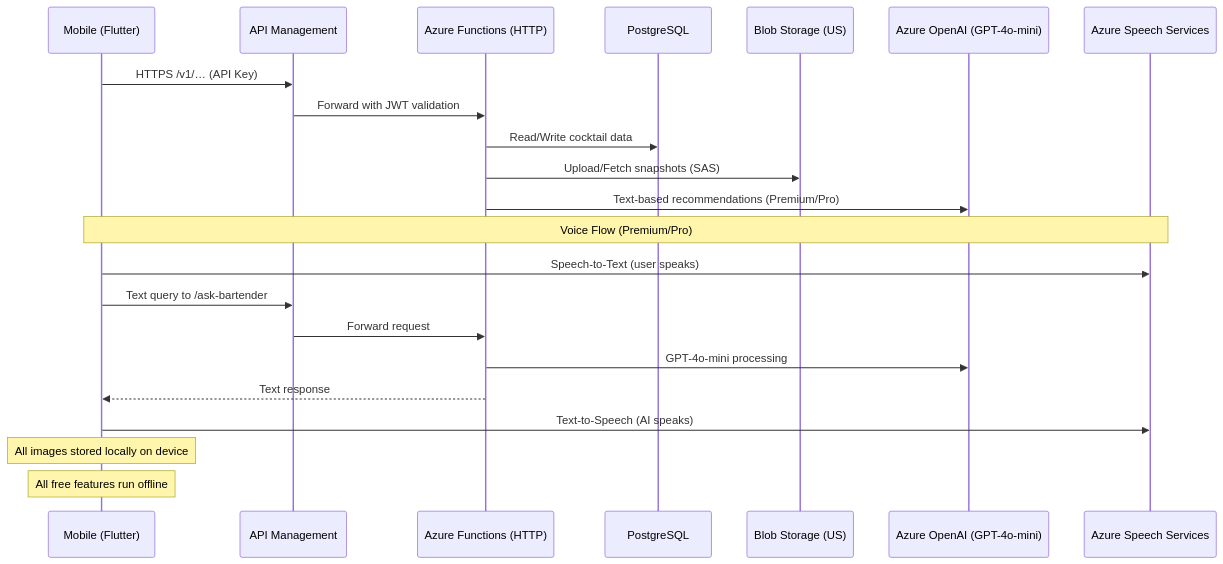
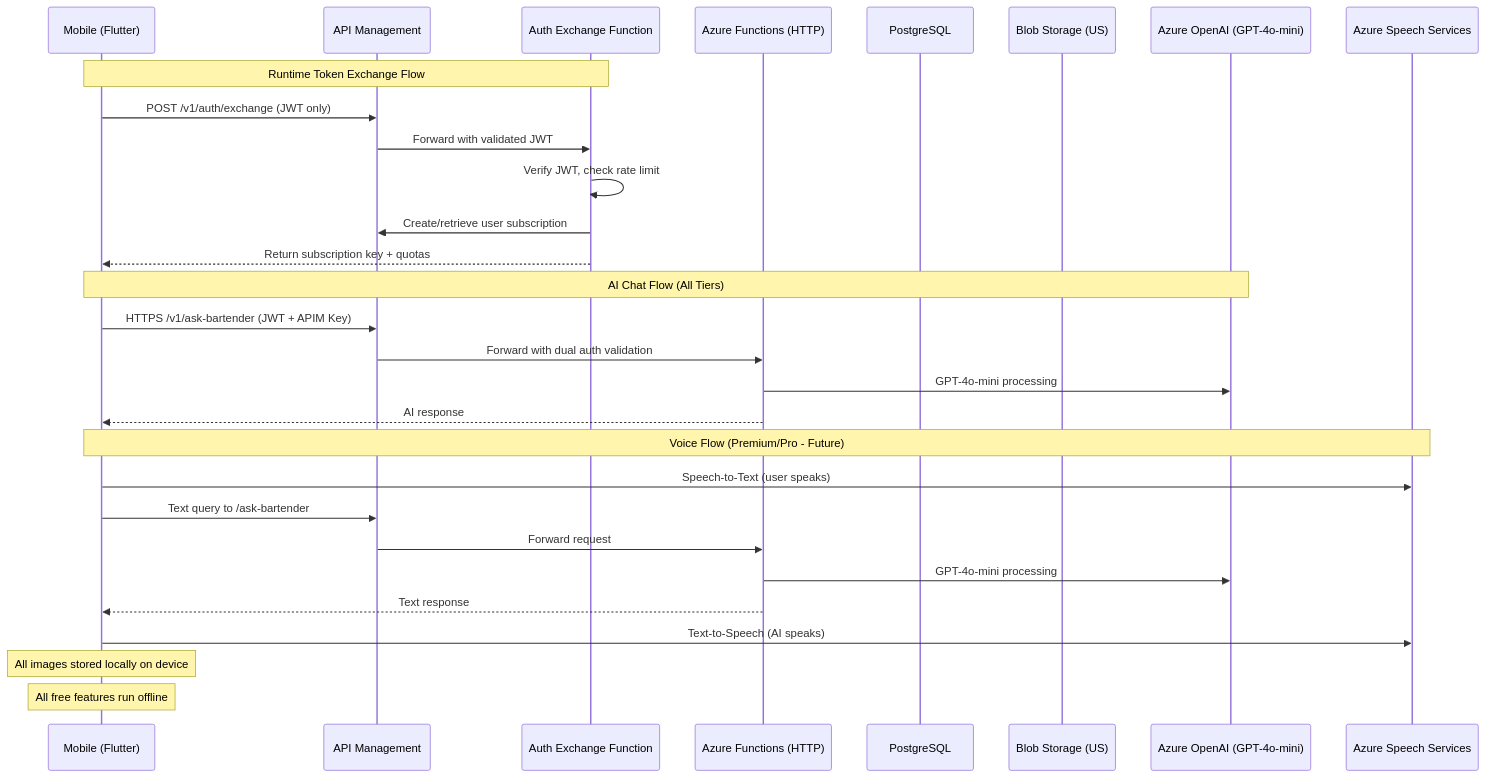
Before and after one commit to gwhitley1969/mybartenderAI-MVP: the first of 2 diagrams in docs/ARCHITECTURE.md, drawn with Mermaid. The commit also changed other lines of this file and 102 other files, not shown here.

````diff
--- a/docs/ARCHITECTURE.md
+++ b/docs/ARCHITECTURE.md
@@ -26,25 +75,35 @@
 ```mermaid
 sequenceDiagram
   participant M as Mobile (Flutter)
   participant APIM as API Management
+  participant AE as Auth Exchange Function
   participant F as Azure Functions (HTTP)
   participant DB as PostgreSQL
   participant B as Blob Storage (US)
   participant AI as Azure OpenAI (GPT-4o-mini)
   participant Speech as Azure Speech Services
 
-  M->>APIM: HTTPS /v1/… (API Key)
-  APIM->>F: Forward with JWT validation
-  F->>DB: Read/Write cocktail data
-  F->>B: Upload/Fetch snapshots (SAS)
-  F->>AI: Text-based recommendations (Premium/Pro)
-  Note over M,Speech: Voice Flow (Premium/Pro)
+  Note over M,AE: Runtime Token Exchange Flow
+  M->>APIM: POST /v1/auth/exchange (JWT only)
+  APIM->>AE: Forward with validated JWT
+  AE->>AE: Verify JWT, check rate limit
+  AE->>APIM: Create/retrieve user subscription
+  AE-->>M: Return subscription key + quotas
+
+  Note over M,AI: AI Chat Flow (All Tiers)
+  M->>APIM: HTTPS /v1/ask-bartender (JWT + APIM Key)
+  APIM->>F: Forward with dual auth validation
+  F->>AI: GPT-4o-mini processing
+  F-->>M: AI response
+
+  Note over M,Speech: Voice Flow (Premium/Pro - Future)
   M->>Speech: Speech-to-Text (user speaks)
   M->>APIM: Text query to /ask-bartender
   APIM->>F: Forward request
   F->>AI: GPT-4o-mini processing
   F-->>M: Text response
   M->>Speech: Text-to-Speech (AI speaks)
+
   Note over M: All images stored locally on device
   Note over M: All free features run offline
 ```
````
